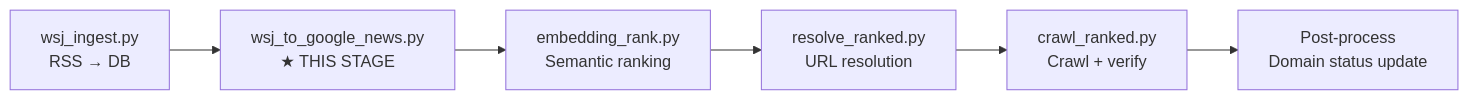
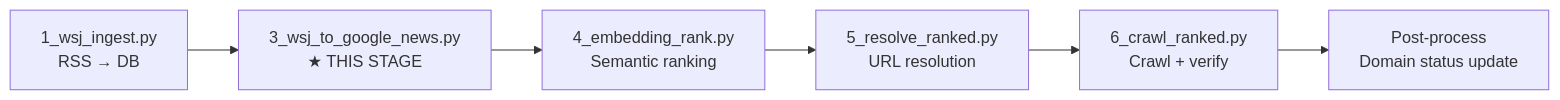
The first of 3 diagrams in docs/1.1-news-google-search.md (choym92/araverus), drawn with Mermaid before and after one commit. The commit also changed other lines of this file and 34 other files, not shown here.

````diff
--- a/docs/1.1-news-google-search.md
+++ b/docs/1.1-news-google-search.md
@@ -10,8 +10,8 @@
 ```mermaid
 flowchart LR
-    A[wsj_ingest.py\nRSS → DB] --> B[wsj_to_google_news.py\n★ THIS STAGE]
-    B --> C[embedding_rank.py\nSemantic ranking]
-    C --> D[resolve_ranked.py\nURL resolution]
-    D --> E[crawl_ranked.py\nCrawl + verify]
+    A[1_wsj_ingest.py\nRSS → DB] --> B[3_wsj_to_google_news.py\n★ THIS STAGE]
+    B --> C[4_embedding_rank.py\nSemantic ranking]
+    C --> D[5_resolve_ranked.py\nURL resolution]
+    D --> E[6_crawl_ranked.py\nCrawl + verify]
     E --> F[Post-process\nDomain status update]
 ```
````
